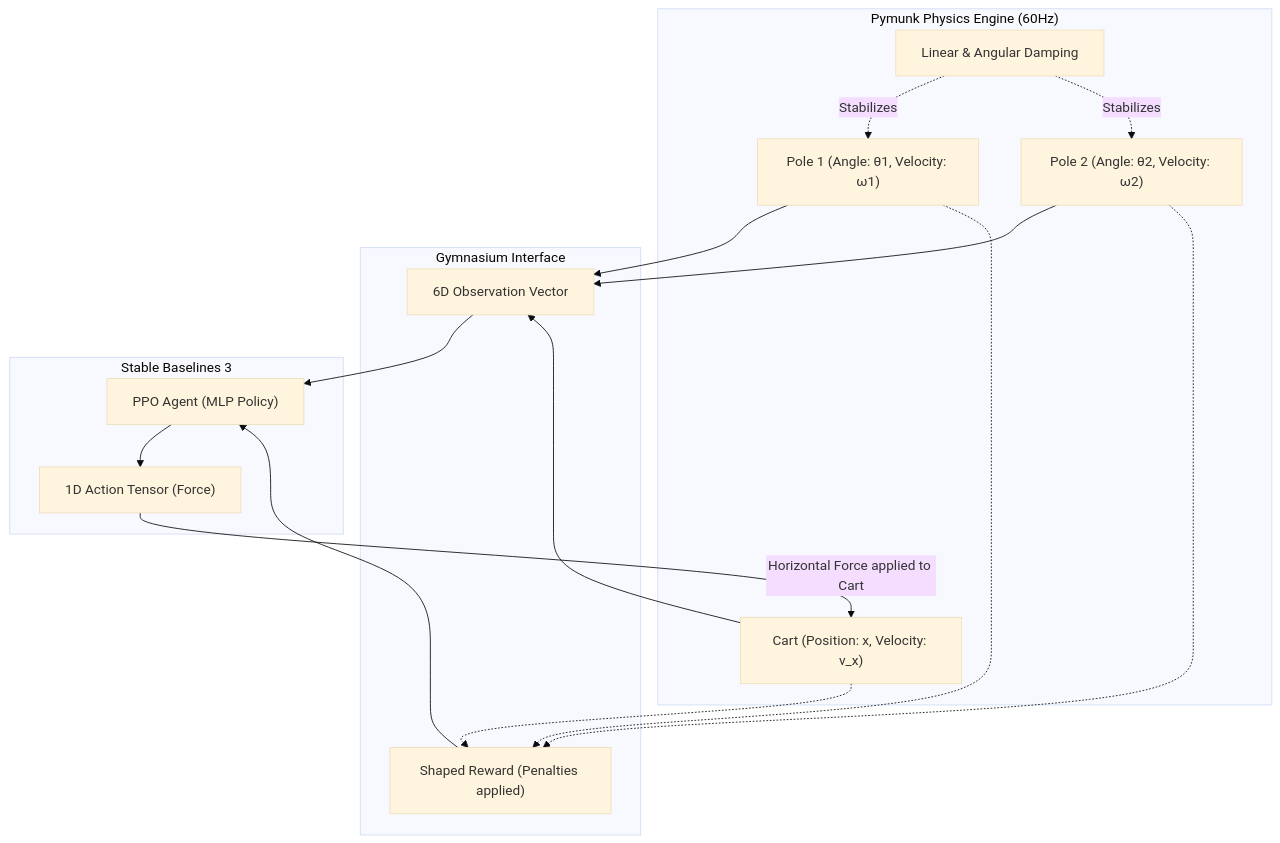
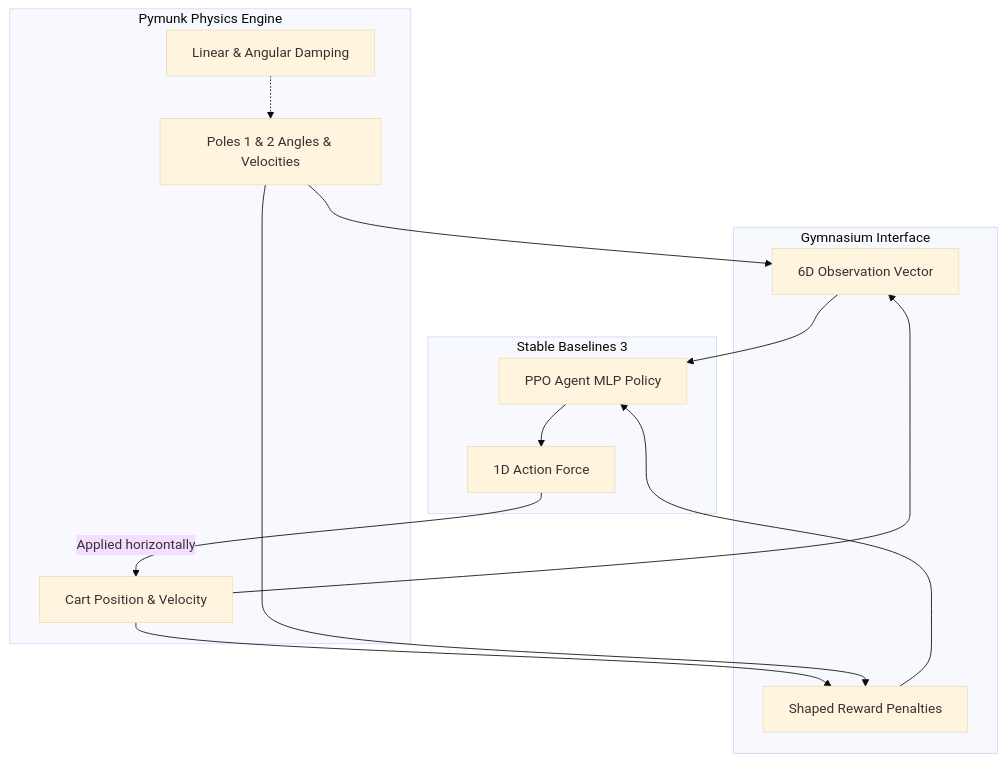
The diagram in README.md (SabbellaLaharika/Reinforcement-Learning-double-inverted-pendulum), drawn with Mermaid (base theme) before and after one commit. The commit also changed other lines of this file, not shown here.

Commit message:
Final presentation polish

````diff
--- a/README.md
+++ b/README.md
@@ -12,34 +11,31 @@
 ```mermaid
-flowchart TD
-    subgraph Physics ["Pymunk Physics Engine (60Hz)"]
-        Damping["Linear & Angular Damping"]
-        Cart["Cart (Position: x, Velocity: v_x)"]
-        Pole1["Pole 1 (Angle: θ1, Velocity: ω1)"]
-        Pole2["Pole 2 (Angle: θ2, Velocity: ω2)"]
+graph TD
+    subgraph Physics[Pymunk Physics Engine]
+        Damping[Linear & Angular Damping]
+        Cart[Cart Position & Velocity]
+        Poles[Poles 1 & 2 Angles & Velocities]
     end
 
-    subgraph Gym ["Gymnasium Interface"]
-        Obs["6D Observation Vector"]
-        Reward["Shaped Reward (Penalties applied)"]
+    subgraph Gym[Gymnasium Interface]
+        Obs[6D Observation Vector]
+        Reward[Shaped Reward Penalties]
     end
 
-    subgraph Agent ["Stable Baselines 3"]
-        PPO["PPO Agent (MLP Policy)"]
-        Action["1D Action Tensor (Force)"]
+    subgraph Agent[Stable Baselines 3]
+        PPO[PPO Agent MLP Policy]
+        Action[1D Action Force]
     end
 
+    Damping -.-> Poles
     Cart --> Obs
-    Pole1 --> Obs
-    Pole2 --> Obs
+    Poles --> Obs
     
-    Cart -.-> Reward
-    Pole1 -.-> Reward
-    Pole2 -.-> Reward
+    Cart --> Reward
+    Poles --> Reward
 
     Obs --> PPO
     Reward --> PPO
+    
     PPO --> Action
-    Action -->|Horizontal Force applied to Cart| Cart
-    Damping -.->|Stabilizes| Pole1
-    Damping -.->|Stabilizes| Pole2
+    Action -->|Applied horizontally| Cart
 ```
````
